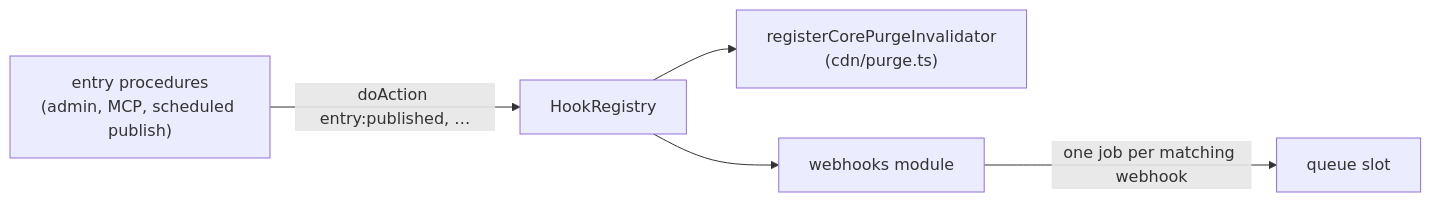
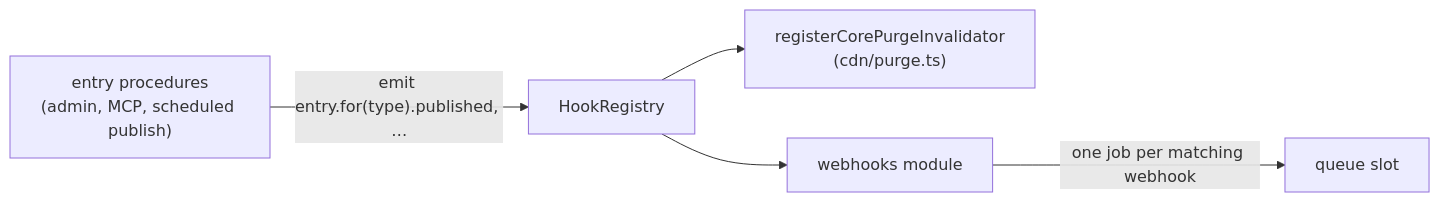
One commit to withplumix/plumix changed the second of 2 diagrams in docs/architecture/hooks.md. Above: the diagram before and after it, drawn with Mermaid. The commit also changed other lines of this file and 77 other files, not shown here.

````diff
--- a/docs/architecture/hooks.md
+++ b/docs/architecture/hooks.md
@@ -129,7 +146,7 @@
 ```mermaid
 flowchart LR
-  proc["entry procedures<br/>(admin, MCP, scheduled publish)"] -->|"doAction entry:published, …"| H["HookRegistry"]
+  proc["entry procedures<br/>(admin, MCP, scheduled publish)"] -->|"emit entry.for(type).published, …"| H["HookRegistry"]
   H --> purge["registerCorePurgeInvalidator<br/>(cdn/purge.ts)"]
   H --> wh["webhooks module"]
   wh -->|"one job per matching webhook"| q["queue slot"]
 ```
````
